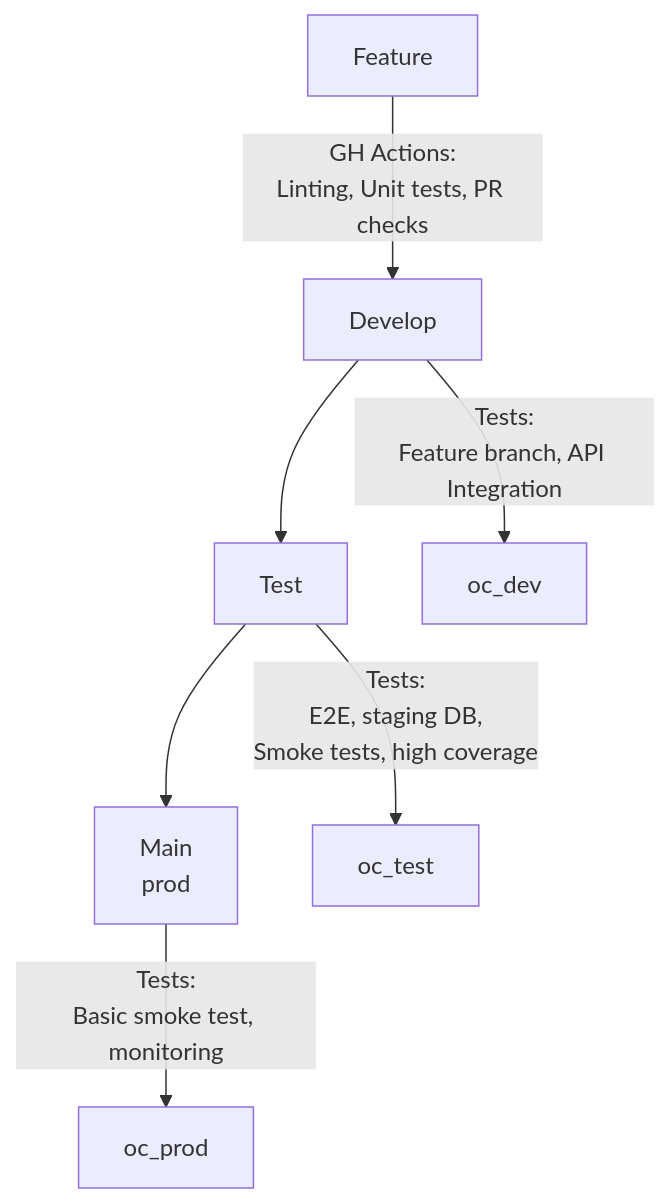
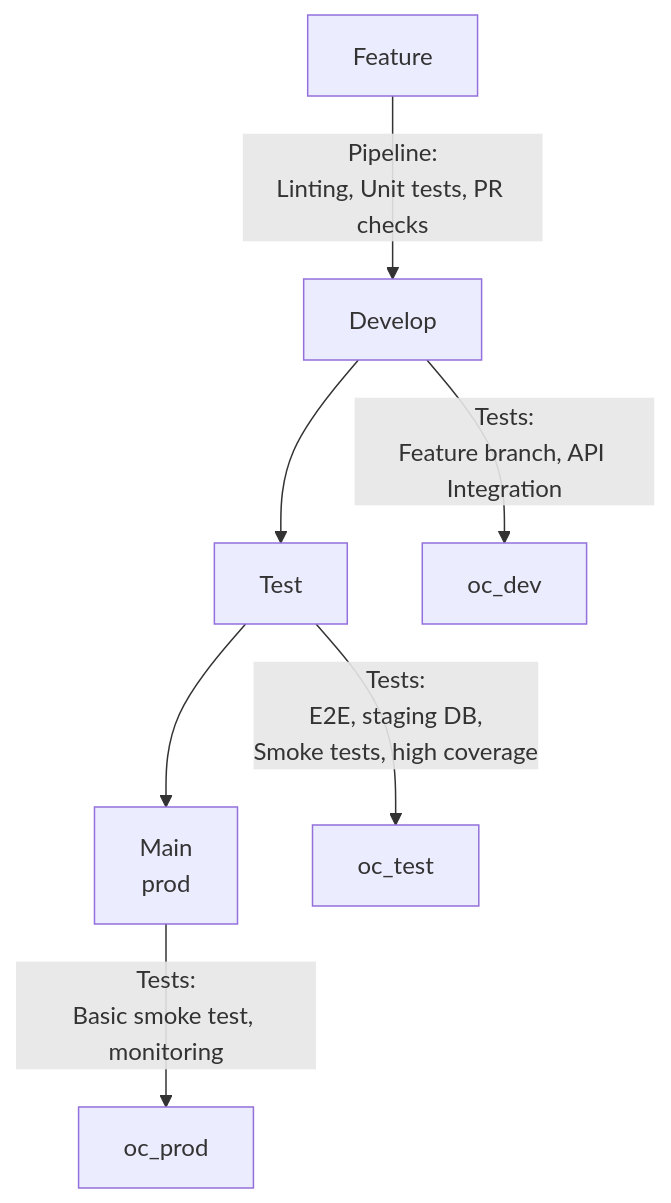
One commit to bcgov/caregiver-portal changed the diagram in CONTRIBUTING.md. Above: the diagram before and after it, drawn with Mermaid. The commit also changed other lines of this file, not shown here.

````diff
--- a/CONTRIBUTING.md
+++ b/CONTRIBUTING.md
@@ -19,15 +31,15 @@
 ```mermaid
 flowchart TD
   feature[Feature]
   develop[Develop]
   test[Test]
   main[Main<br/>prod]
 
-  feature -->|GH Actions:<br/>Linting, Unit tests, PR checks| develop
+  feature -->|Pipeline:<br/>Linting, Unit tests, PR checks| develop
   develop -->|Tests:<br/>Feature branch, API Integration| oc_dev
   develop --> test
   test -->|Tests:<br/>E2E, staging DB,<br/>Smoke tests, high coverage| oc_test
   test --> main
   main -->|Tests:<br/>Basic smoke test, monitoring| oc_prod
 
 ```
````
